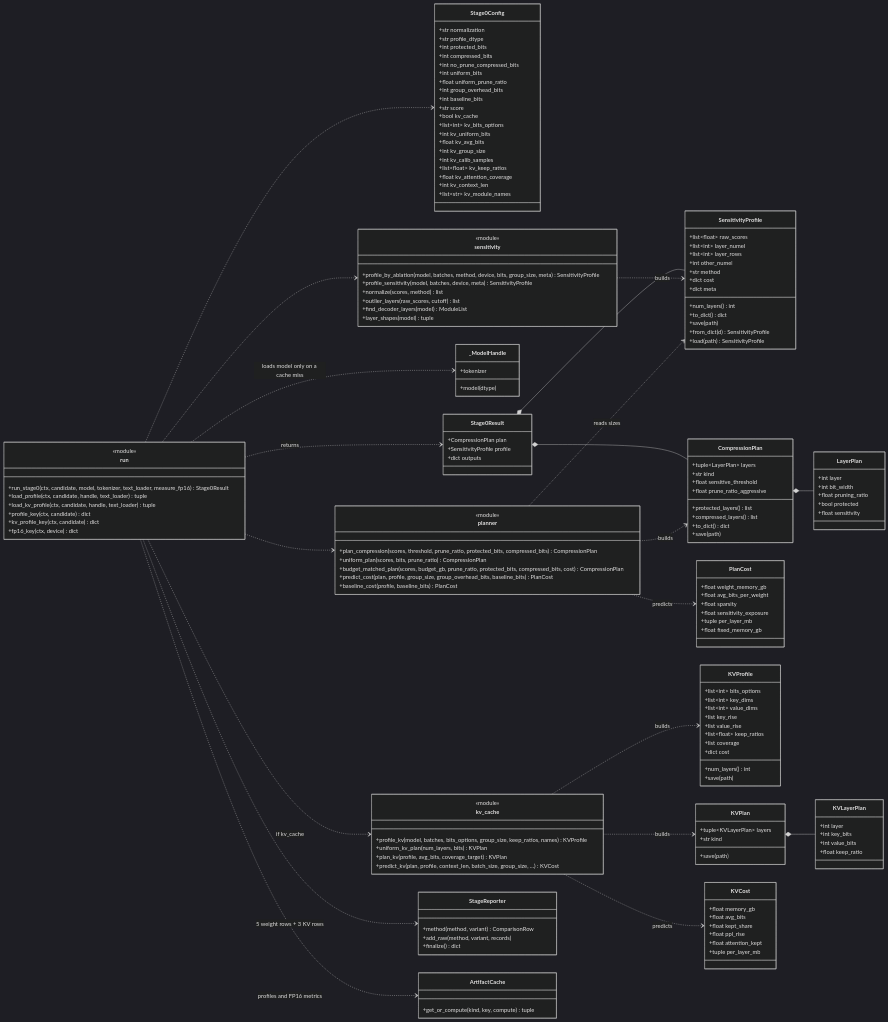
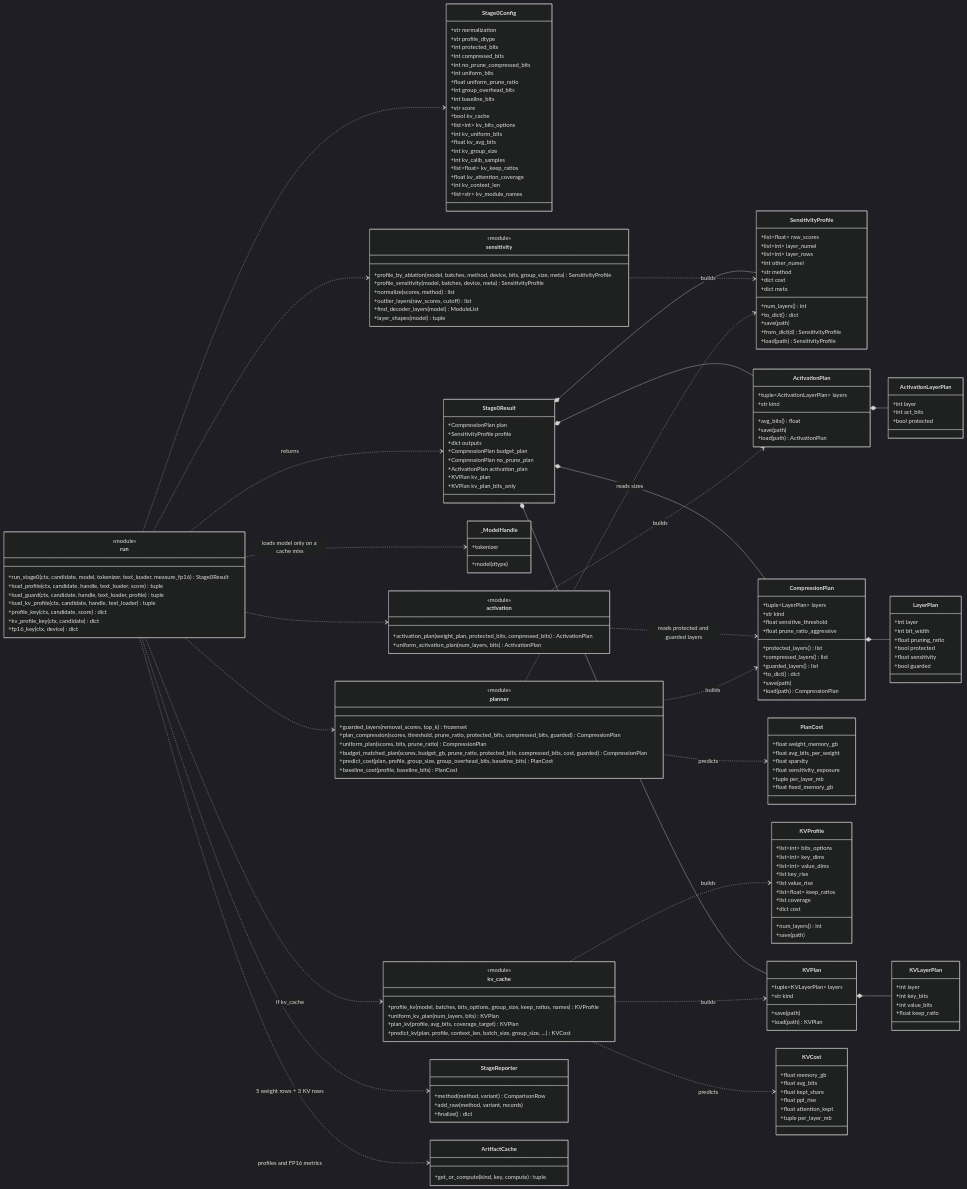
The first of 2 diagrams in docs/diagrams/stage0.md (hamuutpls/sensitivity-driven-framework), drawn with Mermaid (dark theme) before and after one commit. The commit also changed 13 other files, not shown here.

First line of the commit message:
Stage 0: pruning guard, activation plan for Stage 2, loadable plans

```diff
--- a/docs/diagrams/stage0.md
+++ b/docs/diagrams/stage0.md
@@ -77,6 +77,7 @@
         +float pruning_ratio
         +bool protected
         +float sensitivity
+        +bool guarded
     }
     class CompressionPlan {
         +tuple~LayerPlan~ layers
@@ -85,8 +86,27 @@
         +float prune_ratio_aggressive
         +protected_layers() list
         +compressed_layers() list
+        +guarded_layers() list
         +to_dict() dict
         +save(path)
+        +load(path) CompressionPlan
+    }
+    class ActivationLayerPlan {
+        +int layer
+        +int act_bits
+        +bool protected
+    }
+    class ActivationPlan {
+        +tuple~ActivationLayerPlan~ layers
+        +str kind
+        +avg_bits() float
+        +save(path)
+        +load(path) ActivationPlan
+    }
+    class activation {
+        <<module>>
+        +activation_plan(weight_plan, protected_bits, compressed_bits) ActivationPlan
+        +uniform_activation_plan(num_layers, bits) ActivationPlan
     }
     class PlanCost {
         +float weight_memory_gb
@@ -100,6 +120,11 @@
         +CompressionPlan plan
         +SensitivityProfile profile
         +dict outputs
+        +CompressionPlan budget_plan
+        +CompressionPlan no_prune_plan
+        +ActivationPlan activation_plan
+        +KVPlan kv_plan
+        +KVPlan kv_plan_bits_only
     }
     class _ModelHandle {
         +tokenizer
@@ -127,6 +152,7 @@
         +tuple~KVLayerPlan~ layers
         +str kind
         +save(path)
+        +load(path) KVPlan
     }
     class KVCost {
         +float memory_gb
@@ -154,18 +180,20 @@
     }
     class planner {
         <<module>>
-        +plan_compression(scores, threshold, prune_ratio, protected_bits, compressed_bits) CompressionPlan
+        +guarded_layers(removal_scores, top_k) frozenset
+        +plan_compression(scores, threshold, prune_ratio, protected_bits, compressed_bits, guarded) CompressionPlan
         +uniform_plan(scores, bits, prune_ratio) CompressionPlan
-        +budget_matched_plan(scores, budget_gb, prune_ratio, protected_bits, compressed_bits, cost) CompressionPlan
+        +budget_matched_plan(scores, budget_gb, prune_ratio, protected_bits, compressed_bits, cost, guarded) CompressionPlan
         +predict_cost(plan, profile, group_size, group_overhead_bits, baseline_bits) PlanCost
         +baseline_cost(profile, baseline_bits) PlanCost
     }
     class run {
         <<module>>
         +run_stage0(ctx, candidate, model, tokenizer, text_loader, measure_fp16) Stage0Result
-        +load_profile(ctx, candidate, handle, text_loader) tuple
+        +load_profile(ctx, candidate, handle, text_loader, score) tuple
+        +load_guard(ctx, candidate, handle, text_loader, profile) tuple
         +load_kv_profile(ctx, candidate, handle, text_loader) tuple
-        +profile_key(ctx, candidate) dict
+        +profile_key(ctx, candidate, score) dict
         +kv_profile_key(ctx, candidate) dict
         +fp16_key(ctx, device) dict
     }
@@ -181,6 +209,12 @@
     CompressionPlan *-- LayerPlan
     Stage0Result *-- CompressionPlan
     Stage0Result *-- SensitivityProfile
+    Stage0Result *-- ActivationPlan
+    Stage0Result *-- KVPlan
+    ActivationPlan *-- ActivationLayerPlan
+    activation ..> ActivationPlan : builds
+    activation ..> CompressionPlan : reads protected and guarded layers
+    run ..> activation
     sensitivity ..> SensitivityProfile : builds
     planner ..> CompressionPlan : builds
     planner ..> PlanCost : predicts
```
